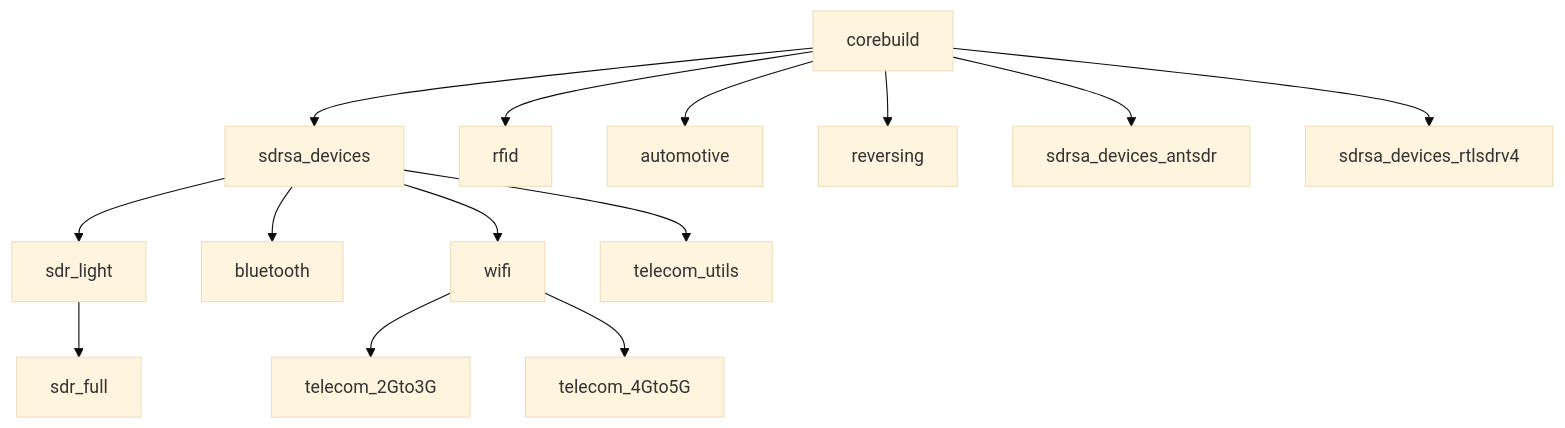
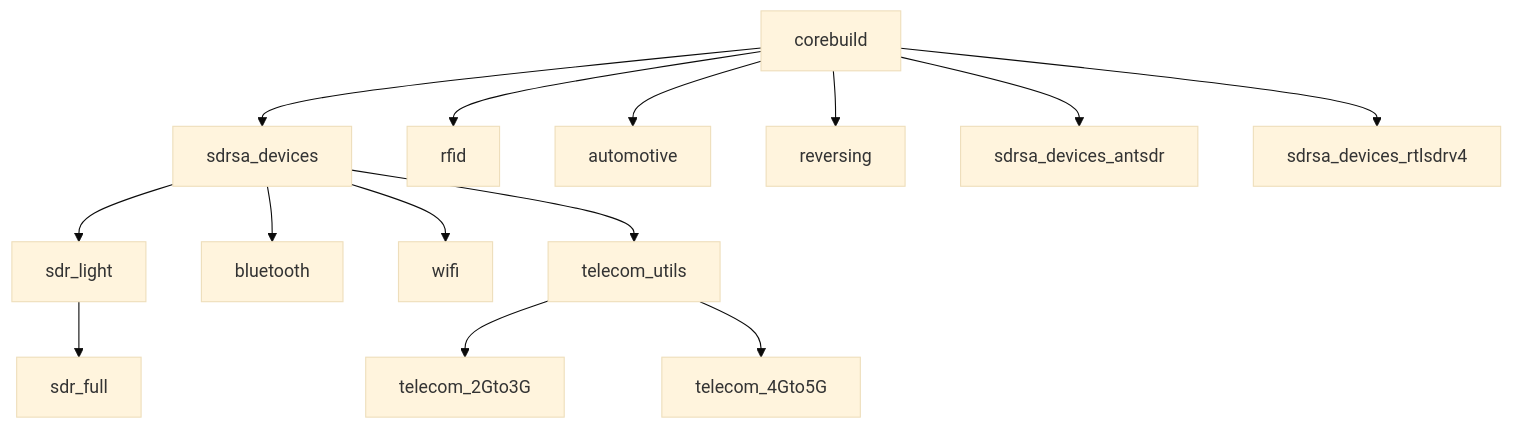
Before and after one commit to PentHertz/rfswift-doc-v2: the diagram in content/docs/guide/list-of-images.md, drawn with Mermaid (base theme). The commit also changed 1 other file, not shown here.

Commit message:
Fixing mistaken labels for graphs

````diff
--- a/content/docs/guide/list-of-images.md
+++ b/content/docs/guide/list-of-images.md
@@ -61,16 +61,16 @@
 ```mermaid
 graph TD;
     A[corebuild]-->B[sdrsa_devices];
     A-->C[rfid];
     A-->D[automotive];
     A-->E[reversing];
     A-->F[sdrsa_devices_antsdr];
     A-->G[sdrsa_devices_rtlsdrv4];
     B[sdrsa_devices]-->H[sdr_light];
     B[sdrsa_devices]-->I[bluetooth];
     B[sdrsa_devices]-->J[wifi];
     B[sdrsa_devices]-->L[telecom_utils];
-    J-->M[telecom_2Gto3G];
-    J-->N[telecom_4Gto5G];
+    L-->M[telecom_2Gto3G];
+    L-->N[telecom_4Gto5G];
     H-->K[sdr_full]
 ```
````
